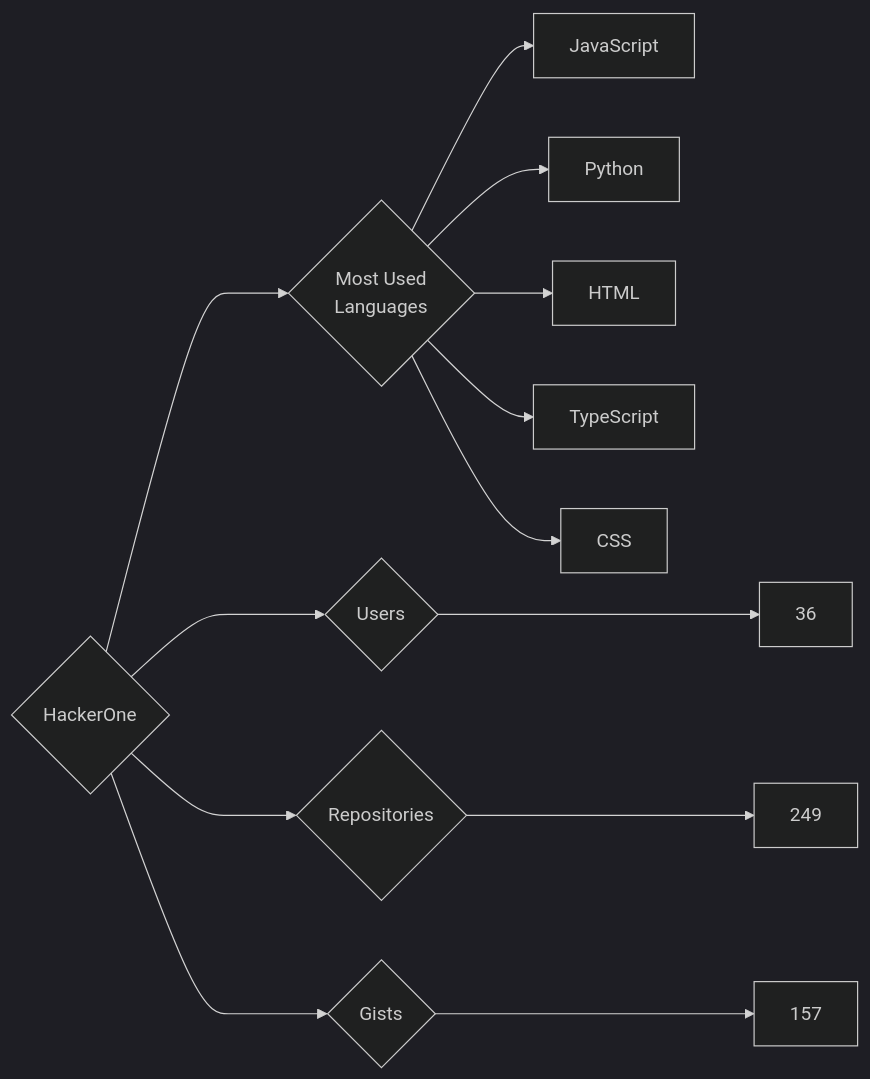
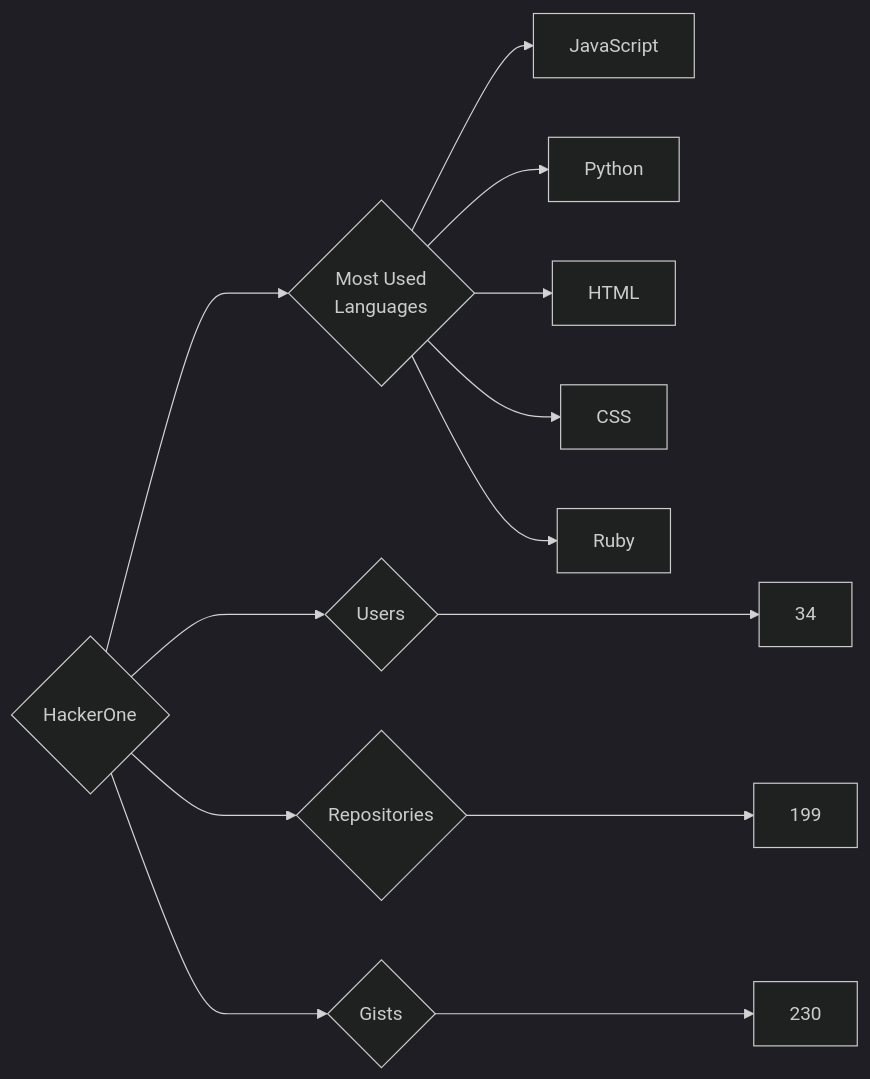
One commit to trickest/insiders changed the diagram in targets/HackerOne/README.md. Above: the diagram before and after it, drawn with Mermaid (dark theme). The commit also changed 714 other files, not shown here.

````diff
--- a/targets/HackerOne/README.md
+++ b/targets/HackerOne/README.md
@@ -3,13 +3,13 @@
 ```mermaid
 graph LR
 COMPANY_NAME{HackerOne}
-COMPANY_NAME ---> U{Users} ---> UN[36]
-COMPANY_NAME ---> R{Repositories} ---> RN[249]
-COMPANY_NAME ---> G{Gists} ---> GN[157]
+COMPANY_NAME ---> U{Users} ---> UN[34]
+COMPANY_NAME ---> R{Repositories} ---> RN[199]
+COMPANY_NAME ---> G{Gists} ---> GN[230]
 COMPANY_NAME ---> ML{Most Used<br>Languages}
 ML --> JavaScript[JavaScript]
 ML --> Python[Python]
 ML --> HTML[HTML]
-ML --> TypeScript[TypeScript]
 ML --> CSS[CSS]
+ML --> Ruby[Ruby]
 ```
````
